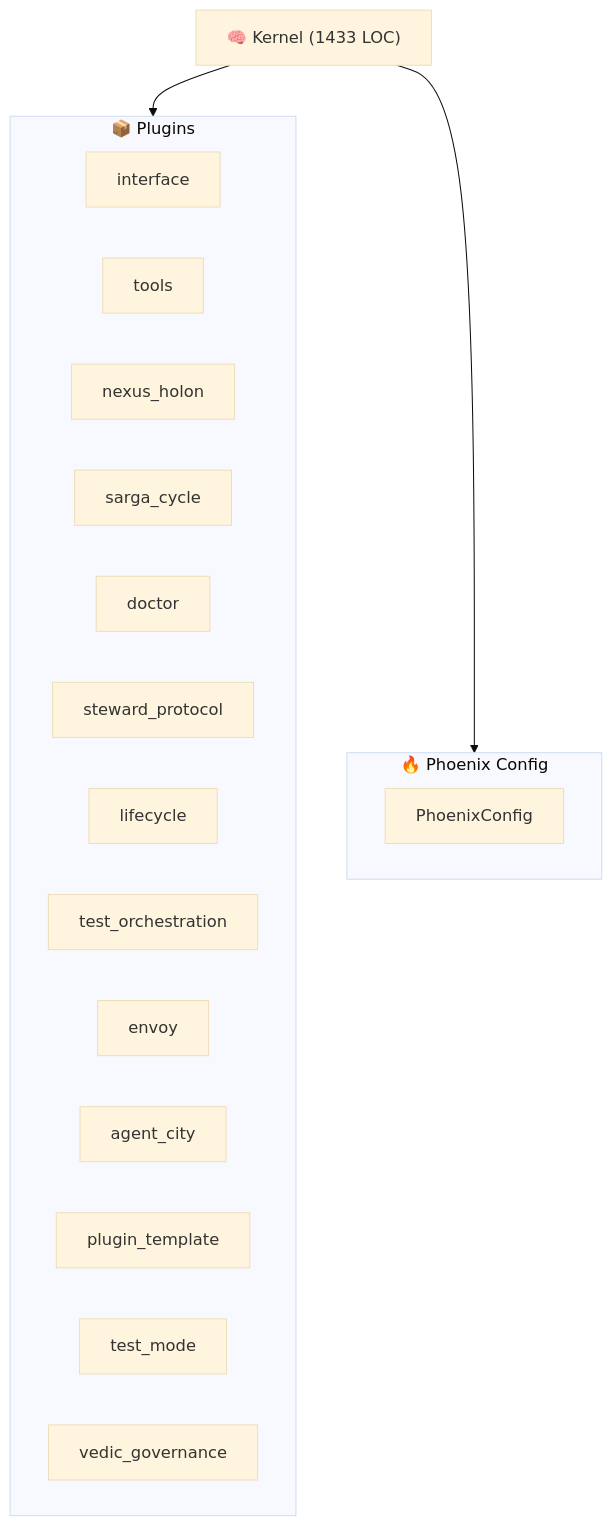
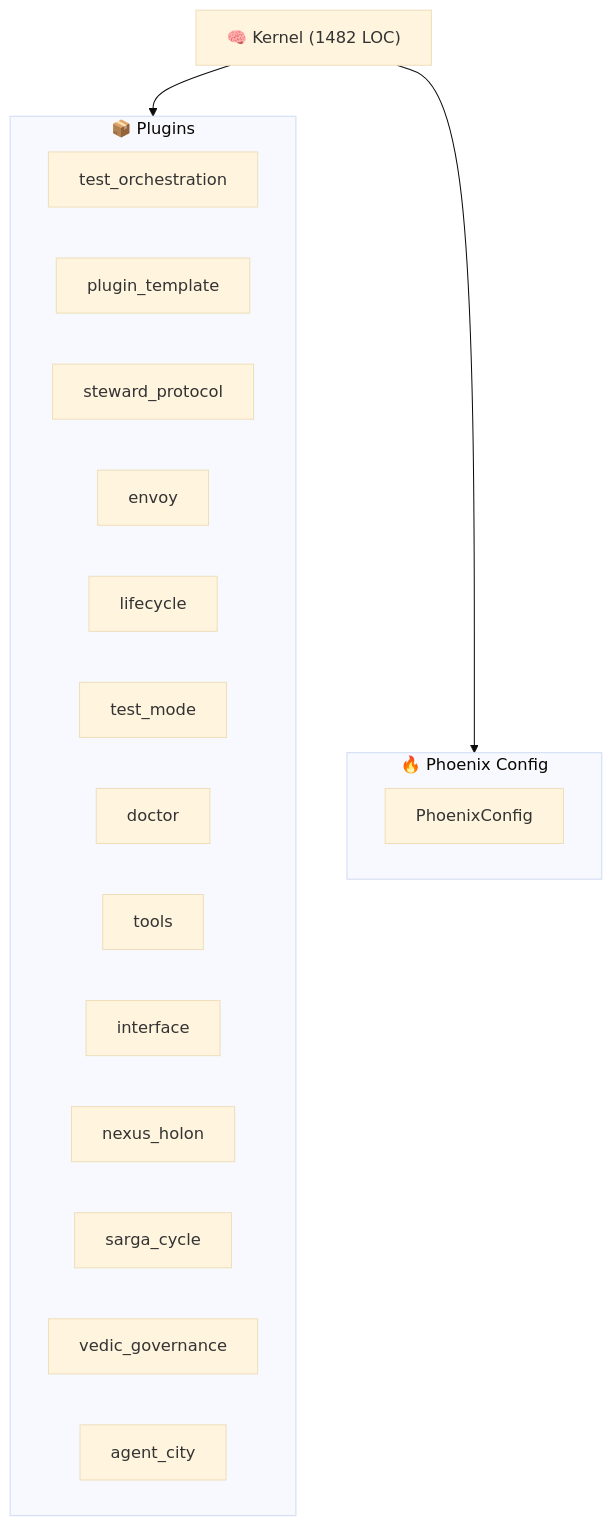
One commit to kimeisele/steward-protocol changed the diagram in ARCHITECTURE.md. Above: the diagram before and after it, drawn with Mermaid (base theme). The commit also changed other lines of this file and 13 other files, not shown here.

````diff
--- a/ARCHITECTURE.md
+++ b/ARCHITECTURE.md
@@ -8,24 +8,24 @@
 ```mermaid
 graph TB
-    K["🧠 Kernel (1433 LOC)"]
+    K["🧠 Kernel (1482 LOC)"]
     subgraph Plugins["📦 Plugins"]
+        P_test_orchestration["test_orchestration"]
+        P_plugin_template["plugin_template"]
+        P_steward_protocol["steward_protocol"]
+        P_envoy["envoy"]
+        P_lifecycle["lifecycle"]
+        P_test_mode["test_mode"]
+        P_doctor["doctor"]
+        P_tools["tools"]
         P_interface["interface"]
-        P_tools["tools"]
         P_nexus_holon["nexus_holon"]
         P_sarga_cycle["sarga_cycle"]
-        P_doctor["doctor"]
-        P_steward_protocol["steward_protocol"]
-        P_lifecycle["lifecycle"]
-        P_test_orchestration["test_orchestration"]
-        P_envoy["envoy"]
+        P_vedic_governance["vedic_governance"]
         P_agent_city["agent_city"]
-        P_plugin_template["plugin_template"]
-        P_test_mode["test_mode"]
-        P_vedic_governance["vedic_governance"]
     end
     K --> Plugins
     subgraph Config["🔥 Phoenix Config"]
         PC[PhoenixConfig]
     end
     K --> Config
 ```
````
